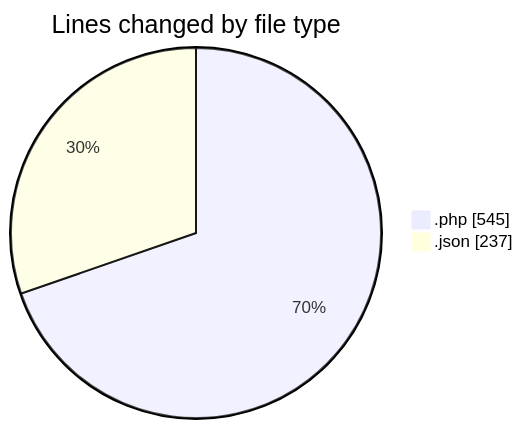
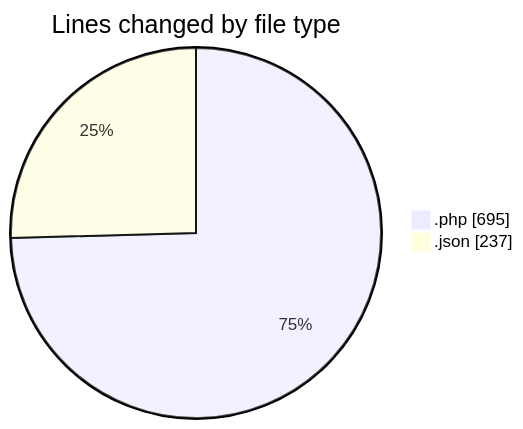
The first of 2 diagrams in 2025-06-17/studio-backend/README.md (idhammustaqopulfikri/code-tracking), drawn with Mermaid before and after one commit. The commit also changed other lines of this file and 1 other file, not shown here.

````diff
--- a/2025-06-17/studio-backend/README.md
+++ b/2025-06-17/studio-backend/README.md
@@ -21,6 +22,6 @@
 ```mermaid
 pie showData
 title Lines changed by file type
-".php" : 545
+".php" : 695
 ".json" : 237
 ```
````
